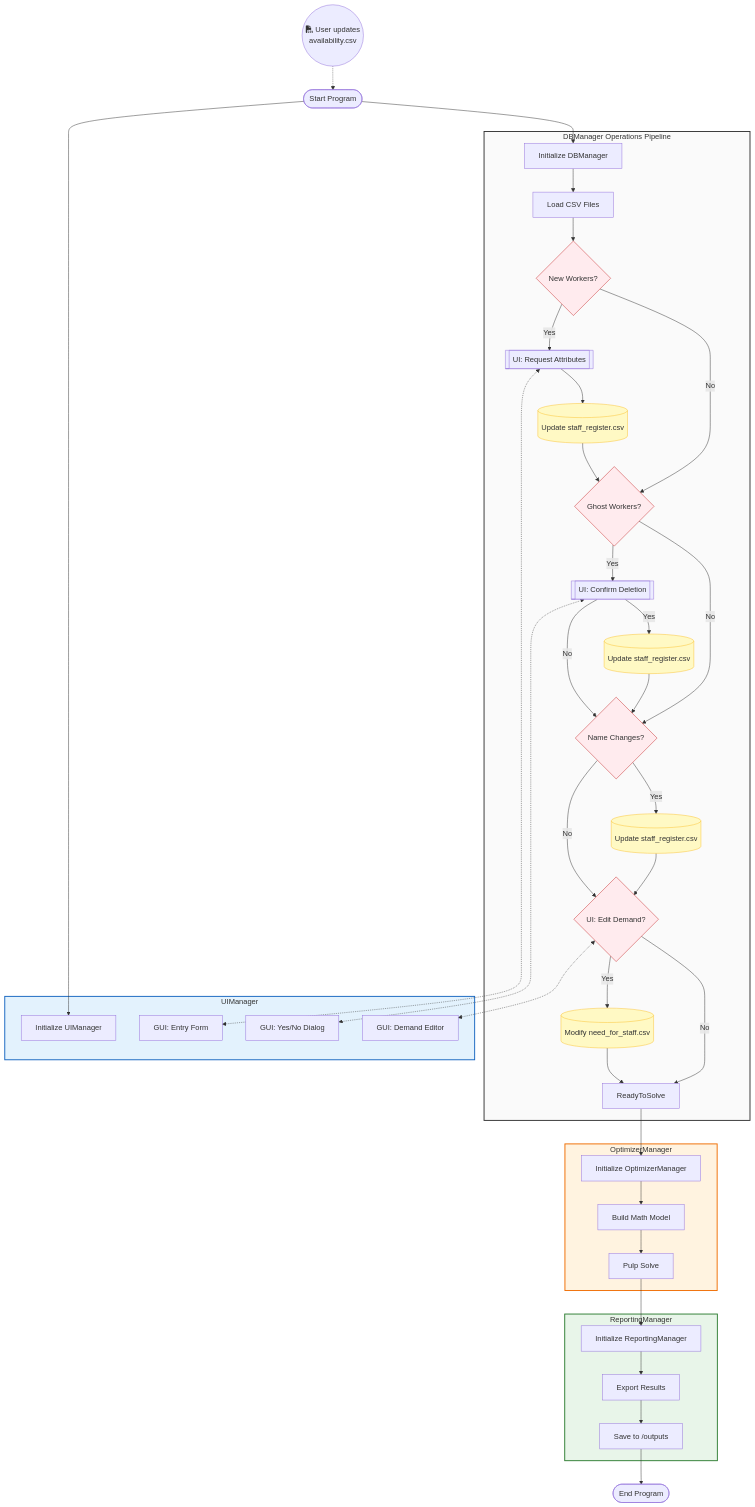
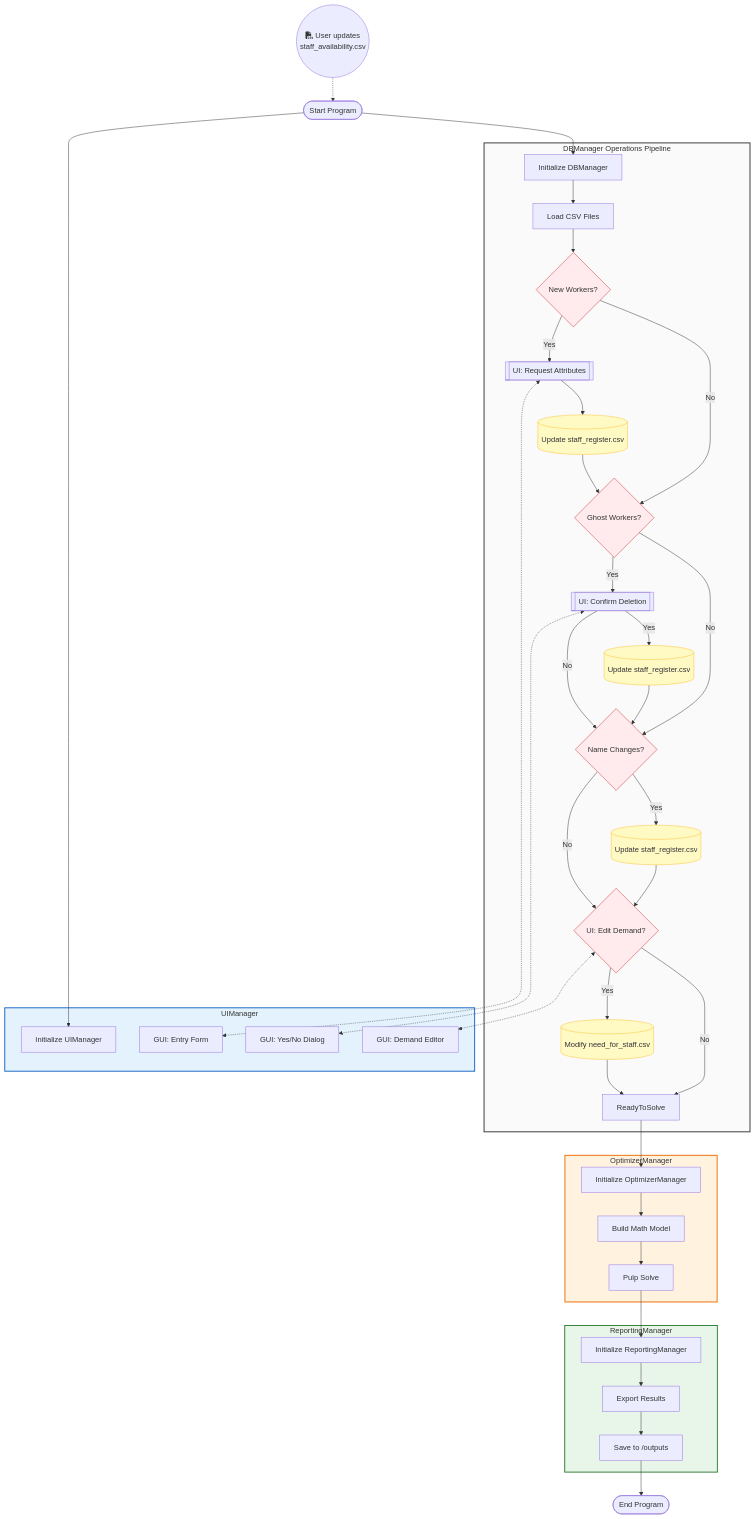
Before and after one commit to MaximeMoussi/Schedule: the diagram in README.md, drawn with Mermaid.

````diff
--- a/README.md
+++ b/README.md
@@ -123,76 +123,76 @@
 ```mermaid
 flowchart TD
 
 
-Upload((fa:fa-file-csv User updates<br/>availability.csv)) -.-> Start([Start Program])
+Upload((fa:fa-file-csv User updates<br/>staff_availability.csv)) -.-> Start([Start Program])
 
 
 Start --> DB_Init[Initialize DBManager]
 Start --> UI_Init[Initialize UIManager]
 
 subgraph DBLayer ["DBManager Operations Pipeline"]
     DB_Init --> Load[Load CSV Files]
     Load --> NewCheck{New Workers?}
     
     %% Path 1: Worker Sync
     NewCheck -- Yes --> AskNew[[UI: Request Attributes]]
     AskNew --> SyncDB[(Update staff_register.csv)]
     SyncDB --> GhostCheck
     NewCheck -- No --> GhostCheck{Ghost Workers?}
 
     %% Path 2: Ghost Cleanup
     GhostCheck -- Yes --> AskGhost[[UI: Confirm Deletion]]
     AskGhost -- Yes --> SyncDB2[(Update staff_register.csv)]
     AskGhost -- No --> NameCheck
     SyncDB2 --> NameCheck{Name Changes?}
     GhostCheck -- No --> NameCheck
     
     %% Path 3: Name Sync
     NameCheck -- Yes --> SyncDB3[(Update staff_register.csv)]
     NameCheck -- No --> DemandCheck
     SyncDB3 --> DemandCheck{UI: Edit Demand?}
 
     %% Path 4: Demand Edit (Now inside DB Manager)
     DemandCheck -- Yes --> EditDemand[(Modify need_for_staff.csv)]
     EditDemand --> ReadyToSolve
     DemandCheck -- No --> ReadyToSolve
 end
 
 subgraph UILayer ["UIManager"]
     UI_Init 
     
     %% UI components called by the DB Pipeline
     AskNew <-.-> GUI_Form[GUI: Entry Form]
     AskGhost <-.-> GUI_Dialog[GUI: Yes/No Dialog]
     DemandCheck <-.-> GUI_Edit[GUI: Demand Editor]
 end
 
 subgraph OptimizerLayer ["OptimizerManager"]
     ReadyToSolve --> Opti_Init[Initialize OptimizerManager] 
     Opti_Init[Initialize OptimizerManager] --> Setup[Build Math Model]
     Setup --> Solve[Pulp Solve]
 end
 
 subgraph ReportingLayer ["ReportingManager"]
     Solve --> Reportinit[Initialize ReportingManager] 
     Reportinit --> Generate[Export Results]
     Generate --> Save[Save to /outputs]
 end
 
 Save --> End([End Program])
 
 style DBLayer fill:#fafafa,stroke:#333,stroke-width:2px
 style UILayer fill:#e3f2fd,stroke:#1565c0,stroke-width:2px
 style OptimizerLayer fill:#fff3e0,stroke:#ef6c00,stroke-width:2px
 style ReportingLayer fill:#e8f5e9,stroke:#2e7d32,stroke-width:2px
 
 style SyncDB fill:#fff9c4,stroke:#fbc02d,stroke-width:1px
 style SyncDB2 fill:#fff9c4,stroke:#fbc02d,stroke-width:1px
 style SyncDB3 fill:#fff9c4,stroke:#fbc02d,stroke-width:1px
 style EditDemand fill:#fff9c4,stroke:#fbc02d,stroke-width:1px
 
 style NewCheck fill:#ffebee,stroke:#c62828
 style GhostCheck fill:#ffebee,stroke:#c62828
 style NameCheck fill:#ffebee,stroke:#c62828
 style DemandCheck fill:#ffebee,stroke:#c62828
 ```
````
